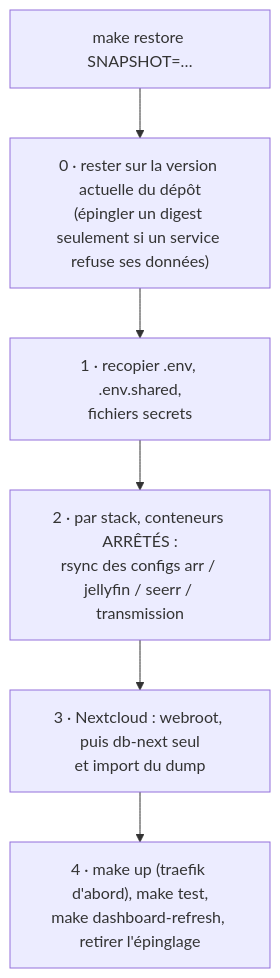
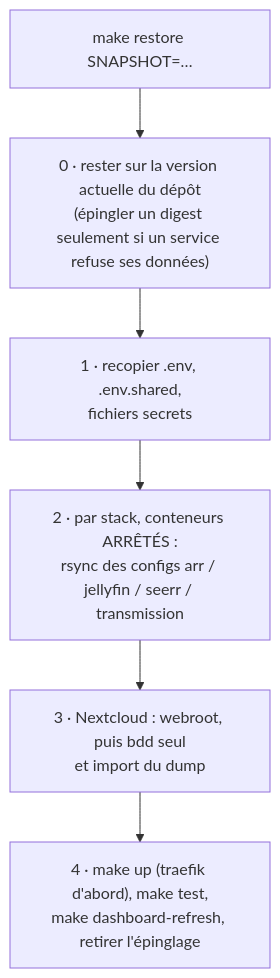
One commit to nattyebola/home-server-services changed the second of 2 diagrams in docs/sauvegarde.md. Above: the diagram before and after it, drawn with Mermaid. The commit also changed 11 other files, not shown here.

First line of the commit message:
feat(nextcloud): Postgres 15 → 18, service db-next renommé bdd

````diff
--- a/docs/sauvegarde.md
+++ b/docs/sauvegarde.md
@@ -63,8 +63,8 @@
 ```mermaid
 flowchart TD
     R["make restore SNAPSHOT=…"] --> Z["0 · rester sur la version actuelle du dépôt<br>(épingler un digest seulement si un service refuse ses données)"]
     Z --> A["1 · recopier .env, .env.shared,<br>fichiers secrets"]
     A --> B["2 · par stack, conteneurs ARRÊTÉS :<br>rsync des configs arr / jellyfin / seerr / transmission"]
-    B --> C["3 · Nextcloud : webroot, puis db-next seul<br>et import du dump"]
+    B --> C["3 · Nextcloud : webroot, puis bdd seul<br>et import du dump"]
     C --> D["4 · make up (traefik d'abord), make test,<br>make dashboard-refresh, retirer l'épinglage"]
 ```
````
